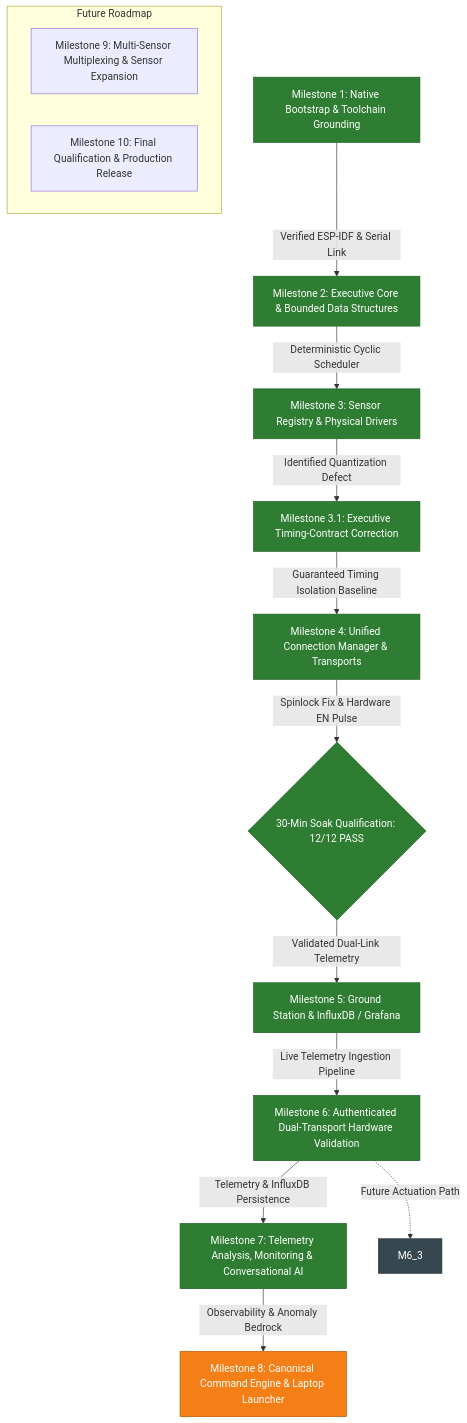
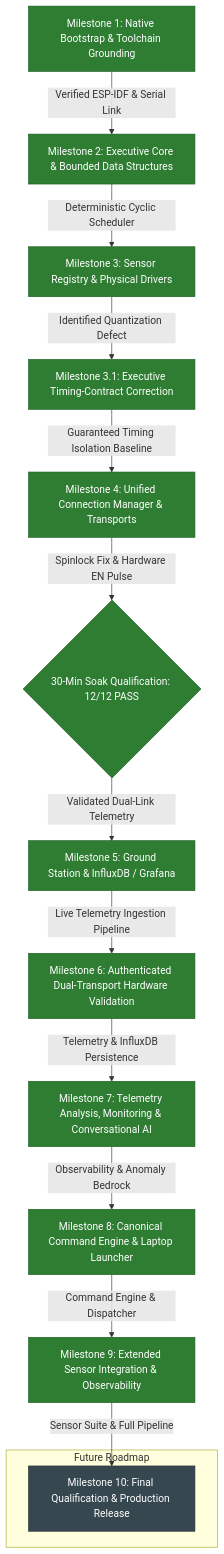
Before and after one commit to aryan-madhavi/NEXUS: the diagram in docs/milestones/README.md, drawn with Mermaid. The commit also changed other lines of this file and 27 other files, not shown here.

````diff
--- a/docs/milestones/README.md
+++ b/docs/milestones/README.md
@@ -119,37 +128,37 @@
 ```mermaid
 flowchart TD
     M1[Milestone 1: Native Bootstrap & Toolchain Grounding]
     M2[Milestone 2: Executive Core & Bounded Data Structures]
     M3[Milestone 3: Sensor Registry & Physical Drivers]
     M3_1[Milestone 3.1: Executive Timing-Contract Correction]
     M4[Milestone 4: Unified Connection Manager & Transports]
     M4_Gate{30-Min Soak Qualification: 12/12 PASS}
     M5[Milestone 5: Ground Station & InfluxDB / Grafana]
     M6[Milestone 6: Authenticated Dual-Transport Hardware Validation]
     M7[Milestone 7: Telemetry Analysis, Monitoring & Conversational AI]
     M8[Milestone 8: Canonical Command Engine & Laptop Launcher]
+    M9[Milestone 9: Extended Sensor Integration & Observability]
     
     subgraph Future Roadmap
-        M9[Milestone 9: Multi-Sensor Multiplexing & Sensor Expansion]
         M10[Milestone 10: Final Qualification & Production Release]
     end
 
     M1 -->|Verified ESP-IDF & Serial Link| M2
     M2 -->|Deterministic Cyclic Scheduler| M3
     M3 -->|Identified Quantization Defect| M3_1
     M3_1 -->|Guaranteed Timing Isolation Baseline| M4
     M4 -->|Spinlock Fix & Hardware EN Pulse| M4_Gate
     M4_Gate -->|Validated Dual-Link Telemetry| M5
     M5 -->|Live Telemetry Ingestion Pipeline| M6
     M6 -->|Telemetry & InfluxDB Persistence| M7
     M7 -->|Observability & Anomaly Bedrock| M8
-    M6 -.->|Future Actuation Path| M6_3
+    M8 -->|Command Engine & Dispatcher| M9
+    M9 -->|Sensor Suite & Full Pipeline| M10
 
     classDef done fill:#2e7d32,stroke:#1b5e20,color:#ffffff;
     classDef pending fill:#f57f17,stroke:#bc5100,color:#ffffff;
     classDef future fill:#37474f,stroke:#263238,color:#ffffff;
     
-    class M1,M2,M3,M3_1,M4,M4_Gate,M5,M6,M7 done;
-    class M8 pending;
-    class M6_3 future;
+    class M1,M2,M3,M3_1,M4,M4_Gate,M5,M6,M7,M8,M9 done;
+    class M10 future;
 ```
````
